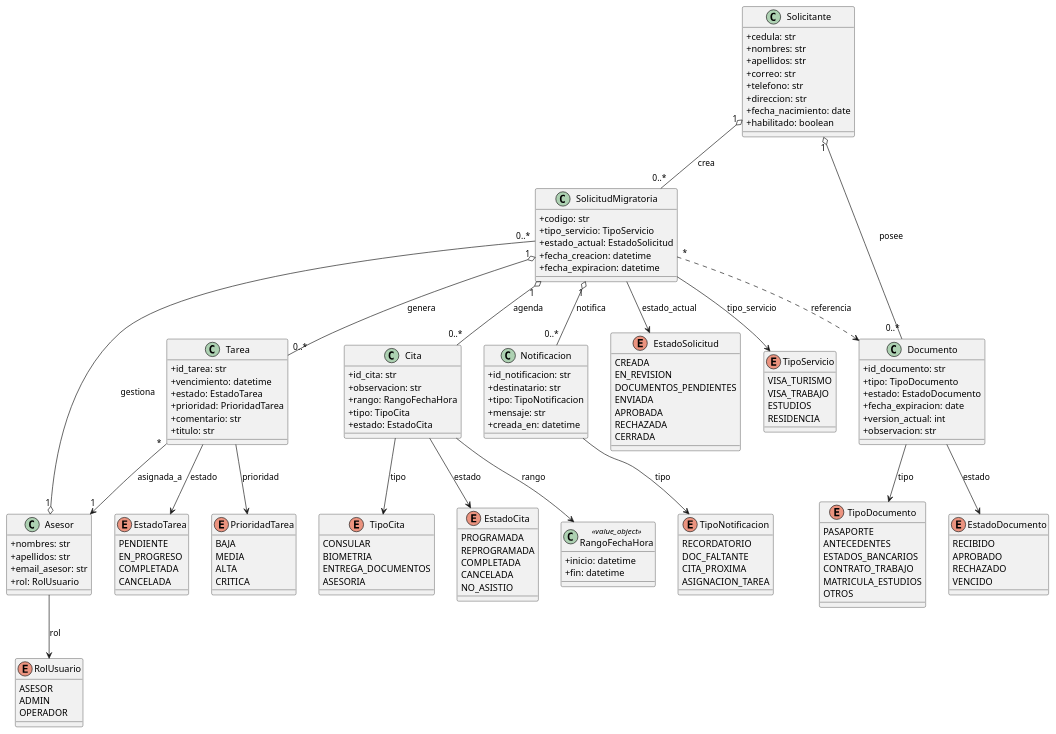
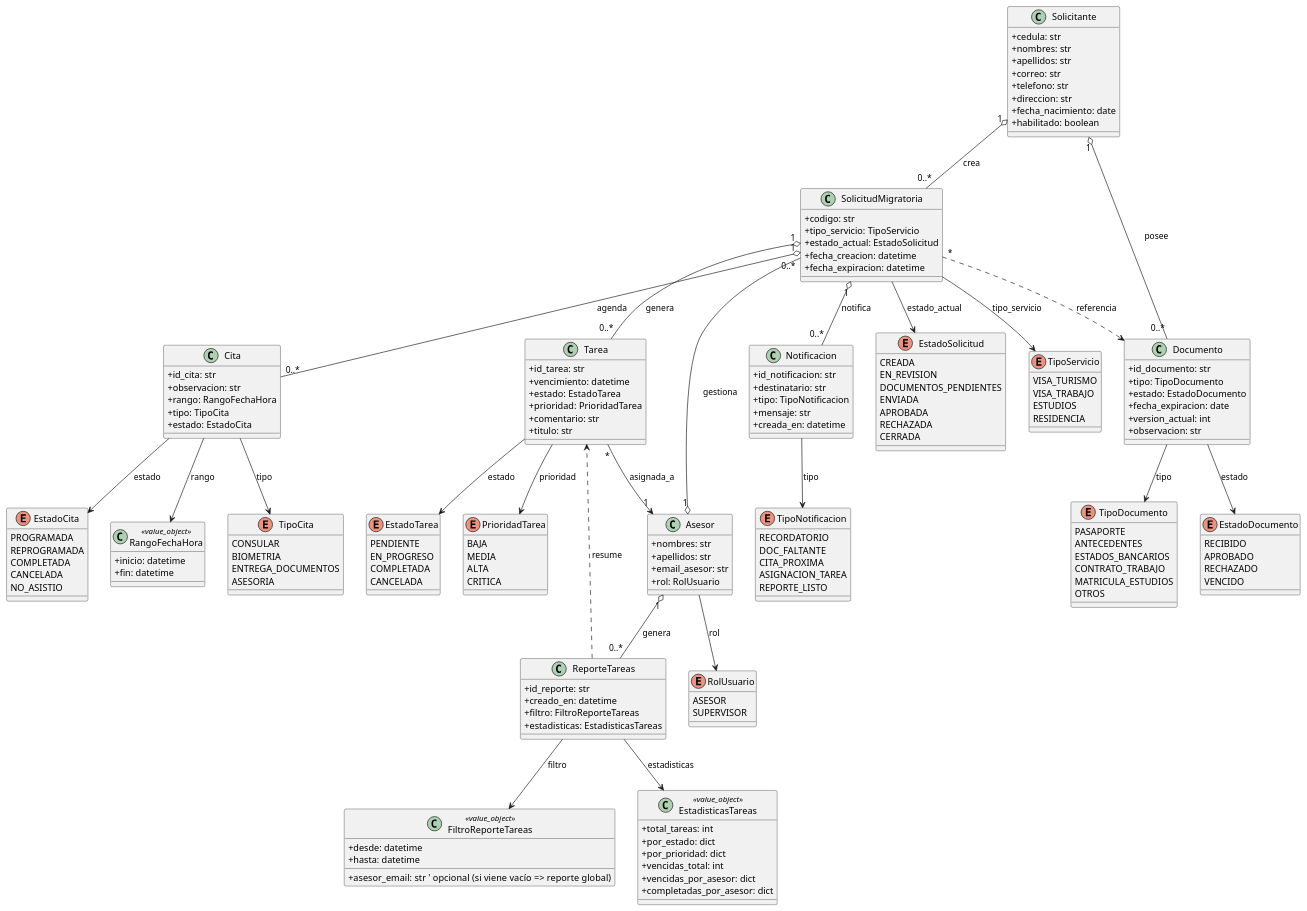
Before and after one commit to Zooval/SGPM: the diagram in docs/DiagramaDeClases.puml, drawn with PlantUML. The commit also changed 6 other files, not shown here.

Commit message:
fix(asignacion_tareas y generacion_reporte): añadir y mejorar criterios de aceptación.

```diff
--- a/docs/DiagramaDeClases.puml
+++ b/docs/DiagramaDeClases.puml
@@ -1,15 +1,36 @@
 @startuml
 ' https://plantuml.com/class-diagram
-
 skinparam classAttributeIconSize 0
 
-' ===== Value Objects / Tipos =====
+' ============================================================
+' ===== Value Objects / Tipos existentes =====
+' ============================================================
 class RangoFechaHora <<value_object>> {
   +inicio: datetime
   +fin: datetime
 }
 
-' ===== Clases =====
+' ============================================================
+' ===== NUEVO: Value Object para reportes =====
+' ============================================================
+class FiltroReporteTareas <<value_object>> {
+  +desde: datetime
+  +hasta: datetime
+  +asesor_email: str  ' opcional (si viene vacío => reporte global)
+}
+
+class EstadisticasTareas <<value_object>> {
+  +total_tareas: int
+  +por_estado: dict
+  +por_prioridad: dict
+  +vencidas_total: int
+  +vencidas_por_asesor: dict
+  +completadas_por_asesor: dict
+}
+
+' ============================================================
+' ===== Clases existentes =====
+' ============================================================
 class Solicitante {
   +cedula: str
   +nombres: str
@@ -70,7 +91,19 @@
   +creada_en: datetime
 }
 
-' ===== Relaciones (negocio) =====
+' ============================================================
+' ===== NUEVO: Entidad Reporte =====
+' ============================================================
+class ReporteTareas {
+  +id_reporte: str
+  +creado_en: datetime
+  +filtro: FiltroReporteTareas
+  +estadisticas: EstadisticasTareas
+}
+
+' ============================================================
+' ===== Relaciones (negocio) existentes =====
+' ============================================================
 Solicitante "1" o-- "0..*" Documento : posee
 Solicitante "1" o-- "0..*" SolicitudMigratoria : crea
 
@@ -81,15 +114,22 @@
 SolicitudMigratoria "1" o-- "0..*" Notificacion : notifica
 
 Tarea "*" --> "1" Asesor : asignada_a
-
-' (Opcional) La solicitud referencia docs del solicitante (no los posee)
 SolicitudMigratoria "*" ..> Documento : referencia
 
+' ============================================================
+' ===== NUEVAS relaciones para reportes =====
+' ============================================================
+Asesor "1" o-- "0..*" ReporteTareas : genera
+ReporteTareas --> FiltroReporteTareas : filtro
+ReporteTareas --> EstadisticasTareas : estadisticas
+ReporteTareas ..> Tarea : resume
+
+' ============================================================
 ' ===== Enums =====
+' ============================================================
 enum RolUsuario {
   ASESOR
-  ADMIN
-  OPERADOR
+  SUPERVISOR
 }
 
 enum EstadoSolicitud {
@@ -159,6 +199,8 @@
   DOC_FALTANTE
   CITA_PROXIMA
   ASIGNACION_TAREA
+  ' opcional para valor agregado:
+  REPORTE_LISTO
 }
 
 ' ===== Unir enums con las clases que los "tienen" =====
```
